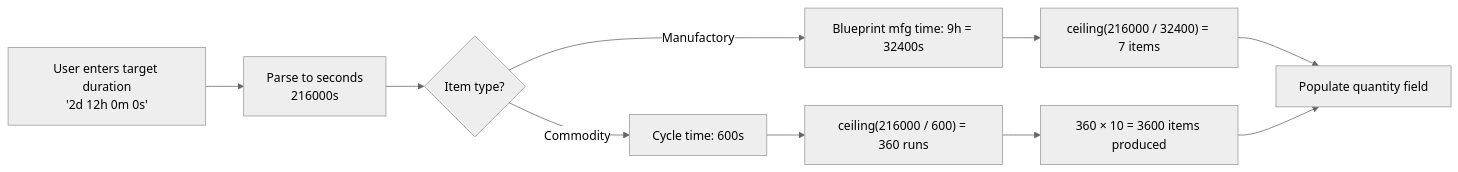
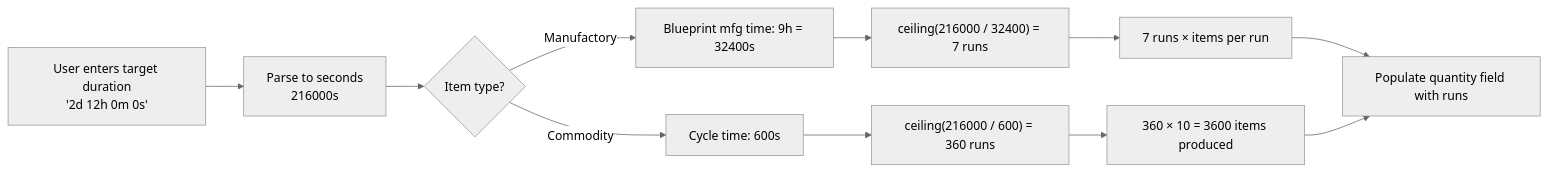
The eighth of 8 diagrams in .kiro/specs/empire-systems/design.md (scalorn/OuterEmpires2EmpireTracker), drawn with Mermaid (neutral theme) before and after one commit. The commit also changed other lines of this file and 1 other file, not shown here.

First line of the commit message:
Unify quantity as runs for all item types

````diff
--- a/.kiro/specs/empire-systems/design.md
+++ b/.kiro/specs/empire-systems/design.md
@@ -237,12 +237,13 @@
 ```mermaid
 flowchart LR
     A[User enters target duration<br/>'2d 12h 0m 0s'] --> B[Parse to seconds<br/>216000s]
     B --> C{Item type?}
     C -->|Manufactory| D[Blueprint mfg time: 9h = 32400s]
-    D --> E["ceiling(216000 / 32400) = 7 items"]
+    D --> E["ceiling(216000 / 32400) = 7 runs"]
+    E --> E2["7 runs × items per run"]
     C -->|Commodity| F[Cycle time: 600s]
     F --> G["ceiling(216000 / 600) = 360 runs"]
     G --> H["360 × 10 = 3600 items produced"]
-    E --> I[Populate quantity field]
+    E2 --> I[Populate quantity field with runs]
     H --> I
 ```
````
